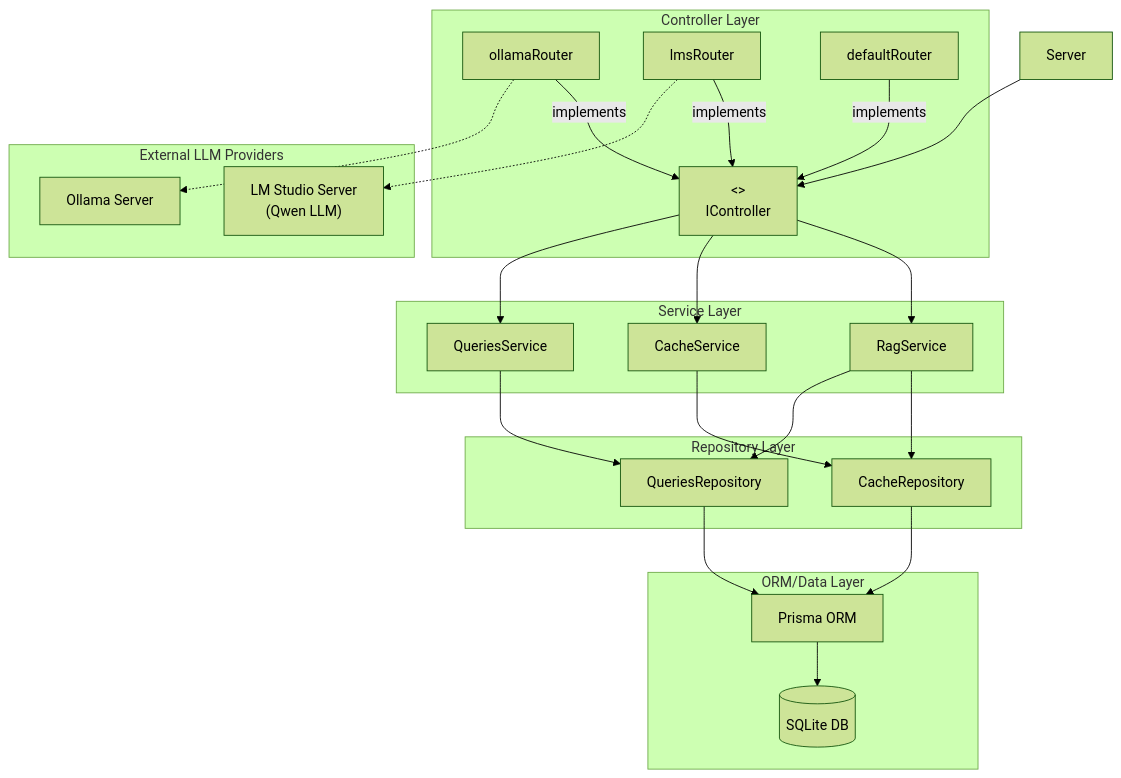
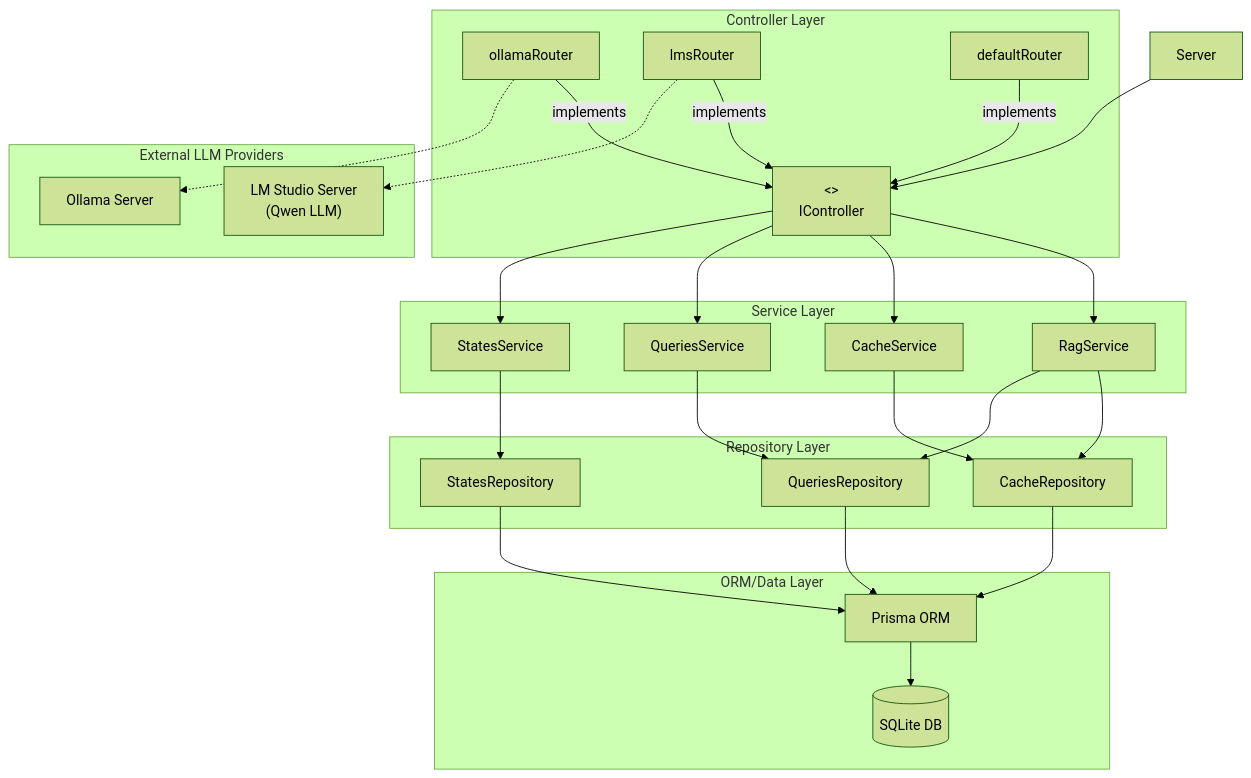
One commit to IhorLazarkov/IhorLazarkov changed the diagram in agentic-server/README.md. Above: the diagram before and after it, drawn with Mermaid (forest theme).

Commit message:
updated architecture diagram

````diff
--- a/agentic-server/README.md
+++ b/agentic-server/README.md
@@ -19,46 +19,50 @@
 ```mermaid
 graph TD
     Server[Server] --> IC
 
     subgraph Controller_Layer [Controller Layer]
         IC["<<interface>>\nIController"]
         OR[ollamaRouter]
         LR[lmsRouter]
         DR[defaultRouter]
         OR & LR & DR -- implements --> IC
     end
 
     subgraph Service_Layer [Service Layer]
         RS[RagService]
         CS[CacheService]
         QS[QueriesService]
+        SS[StatesService]
     end
 
     subgraph Repository_Layer [Repository Layer]
         CR[CacheRepository]
         QR[QueriesRepository]
+        SR[StatesRepository]
     end
 
     subgraph Data_Layer [ORM/Data Layer]
         P[Prisma ORM]
         DB[(SQLite DB)]
     end
 
     subgraph External_Providers [External LLM Providers]
         LMS["LM Studio Server\n(Qwen LLM)"]
         OLL["Ollama Server"]
     end
 
     IC --> RS
     IC --> CS
     IC --> QS
+    IC --> SS
     RS --> CR
     RS --> QR
     CS --> CR
     QS --> QR
-    CR & QR --> P
+    SS --> SR
+    CR & QR & SR --> P
     P --> DB
 
     LR -.-> LMS
     OR -.-> OLL
 ```
````
